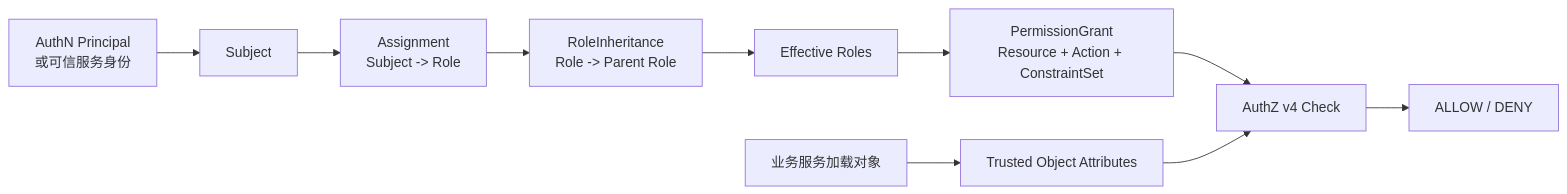
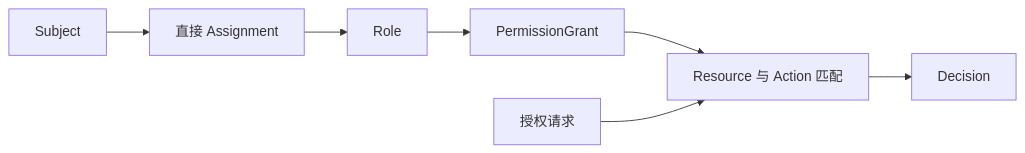
Before and after one commit to FangcunMount/iam-contracts: the diagram in docs/02-业务模块/03-AuthZ/00-模块总览.md, drawn with Mermaid. The commit also changed other lines of this file and 162 other files, not shown here.

````diff
--- a/docs/02-业务模块/03-AuthZ/00-模块总览.md
+++ b/docs/02-业务模块/03-AuthZ/00-模块总览.md
@@ -27,12 +7,9 @@
 ```mermaid
 flowchart LR
-  P[AuthN Principal\n或可信服务身份] --> S[Subject]
-  S --> A[Assignment\nSubject -> Role]
-  A --> H[RoleInheritance\nRole -> Parent Role]
-  H --> E[Effective Roles]
-  E --> G[PermissionGrant\nResource + Action + ConstraintSet]
-  O[业务服务加载对象] --> T[Trusted Object Attributes]
-  G --> C[AuthZ v4 Check]
-  T --> C
-  C --> D[ALLOW / DENY]
+    S[Subject] --> A[直接 Assignment]
+    A --> R[Role]
+    R --> G[PermissionGrant]
+    G --> M[Resource 与 Action 匹配]
+    Q[授权请求] --> M
+    M --> D[Decision]
 ```
````
